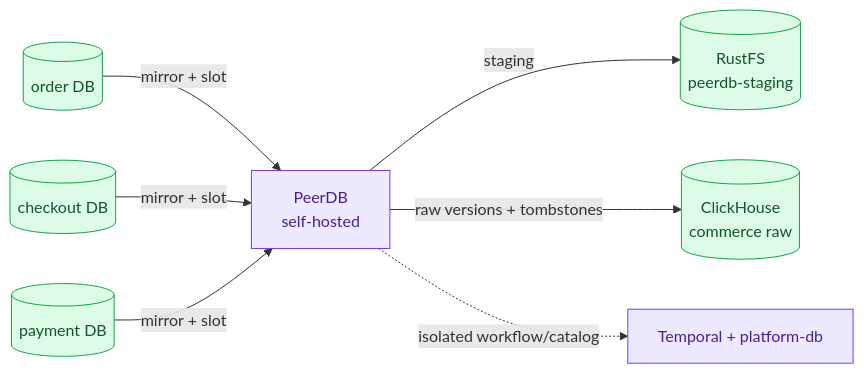
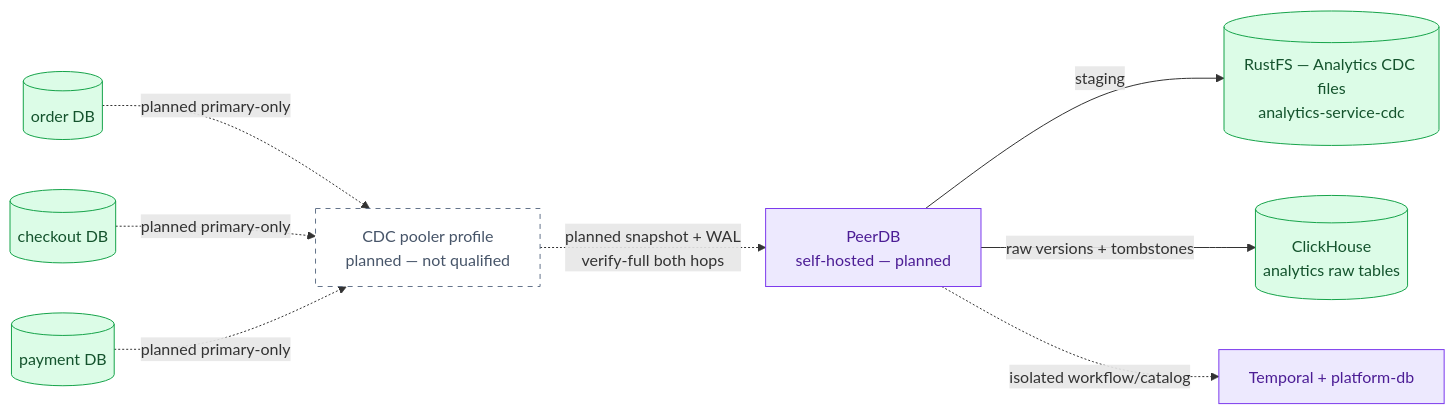
One commit to duynhlab/homelab changed the diagram in docs/proposals/adr/ADR-066-adopt-peerdb-for-commerce-cdc/README.md. Above: the diagram before and after it, drawn with Mermaid. The commit also changed other lines of this file and 27 other files, not shown here.

````diff
--- a/docs/proposals/adr/ADR-066-adopt-peerdb-for-commerce-cdc/README.md
+++ b/docs/proposals/adr/ADR-066-adopt-peerdb-for-commerce-cdc/README.md
@@ -88,14 +96,17 @@
 ```mermaid
 flowchart LR
-    O[("order DB")] -->|"mirror + slot"| P["PeerDB<br/>self-hosted"]
-    C[("checkout DB")] -->|"mirror + slot"| P
-    M[("payment DB")] -->|"mirror + slot"| P
-    P -->|"staging"| R[("RustFS<br/>peerdb-staging")]
-    P -->|"raw versions + tombstones"| CH[("ClickHouse<br/>commerce raw")]
+    O[("order DB")] -.->|"planned primary-only"| CP["CDC pooler profile<br/>planned — not qualified"]
+    C[("checkout DB")] -.->|"planned primary-only"| CP
+    M[("payment DB")] -.->|"planned primary-only"| CP
+    CP -.->|"planned snapshot + WAL<br/>verify-full both hops"| P["PeerDB<br/>self-hosted — planned"]
+    P -->|"staging"| R[("RustFS — Analytics CDC files<br/>analytics-service-cdc")]
+    P -->|"raw versions + tombstones"| CH[("ClickHouse<br/>analytics raw tables")]
     P -.->|"isolated workflow/catalog"| D["Temporal + platform-db"]
 
+    classDef planned fill:#fff,color:#475569,stroke:#64748b,stroke-dasharray:5 5;
+    class CP planned;
     classDef platform fill:#ede9fe,color:#4c1d95,stroke:#7c3aed;
     classDef data fill:#dcfce7,color:#14532d,stroke:#16a34a;
     class O,C,M,R,CH data;
     class P,D platform;
 ```
````
